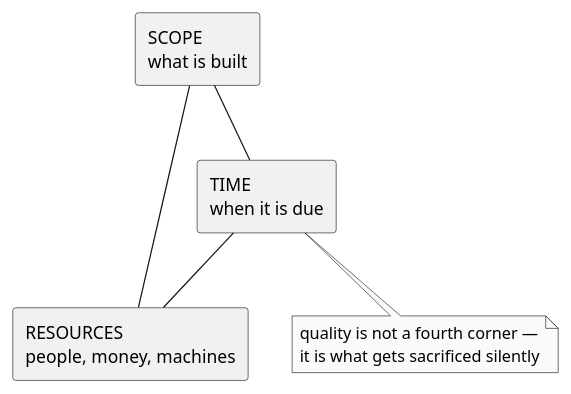
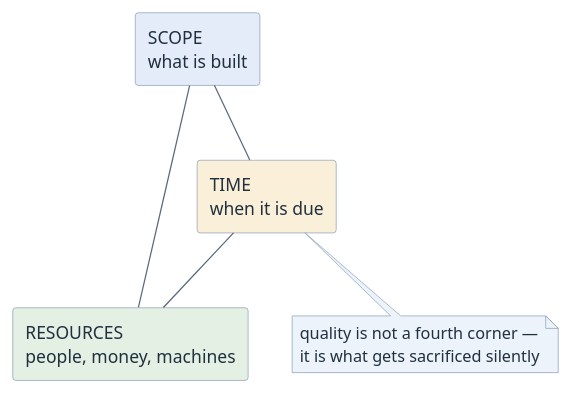
The diagram in modules/governance-project-basics/index.adoc (htl-leonding-college/curriculum-syp3), drawn with PlantUML before and after one commit. The commit also changed 65 other files, not shown here.

First line of the commit message:
feat(site): give the diagrams a semantic pastel palette

```diff
--- a/modules/governance-project-basics/index.adoc
+++ b/modules/governance-project-basics/index.adoc
@@ -87,14 +87,17 @@
 [plantuml,magic-triangle,svg]
 ----
 @startuml
-skinparam monochrome true
+<style>
+element { BackgroundColor #EDF3FA; LineColor #7C93AD; FontColor #21303F }
+arrow { LineColor #5A6B7D; FontColor #21303F }
+</style>
 skinparam shadowing false
-rectangle "SCOPE\nwhat is built" as S
-rectangle "TIME\nwhen it is due" as T
-rectangle "RESOURCES\npeople, money, machines" as R
+rectangle "SCOPE\nwhat is built" as S #E3ECF8
+rectangle "TIME\nwhen it is due" as T #FAF0D9
+rectangle "RESOURCES\npeople, money, machines" as R #E4F0E4
 S -- T
 T -- R
 R -- S
 note bottom of T : quality is not a fourth corner —\nit is what gets sacrificed silently
 @enduml
 ----
```
